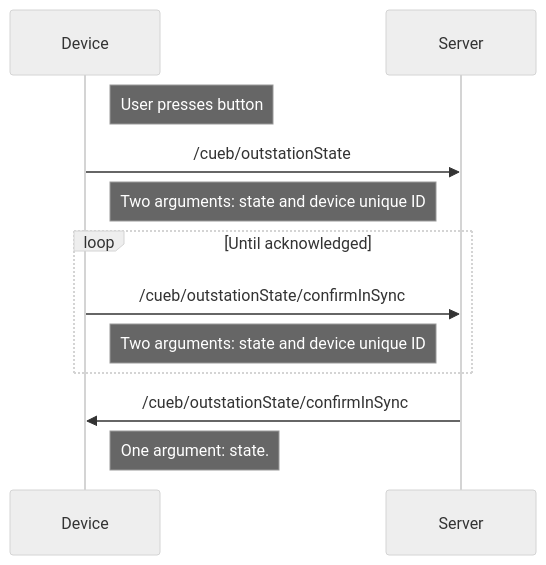
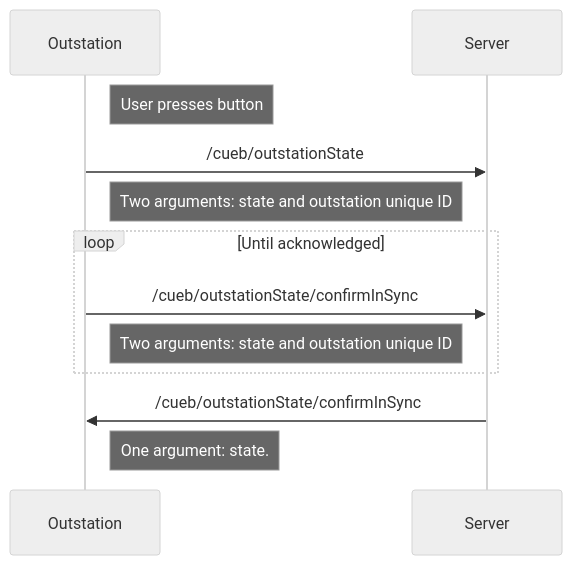
Before and after one commit to bstudios/CueB: the first of 4 diagrams in Readme.md, drawn with Mermaid (neutral theme). The commit also changed other lines of this file, not shown here.

Commit message:
Clarify outstation name

````diff
--- a/Readme.md
+++ b/Readme.md
@@ -36,14 +36,14 @@
 ```mermaid
 sequenceDiagram
-  participant Device
+  participant Outstation
   participant Server
-  Note right of Device: User presses button
-  Device->>Server: /cueb/outstationState
-  Note left of Server: Two arguments: state and device unique ID
+  Note right of Outstation: User presses button
+  Outstation->>Server: /cueb/outstationState
+  Note left of Server: Two arguments: state and outstation unique ID
   loop Until acknowledged
-    Device->>Server: /cueb/outstationState/confirmInSync
-    Note left of Server: Two arguments: state and device unique ID
+    Outstation->>Server: /cueb/outstationState/confirmInSync
+    Note left of Server: Two arguments: state and outstation unique ID
   end
-  Server->>Device: /cueb/outstationState/confirmInSync
-  Note right of Device: One argument: state.
+  Server->>Outstation: /cueb/outstationState/confirmInSync
+  Note right of Outstation: One argument: state.
 ```
````
